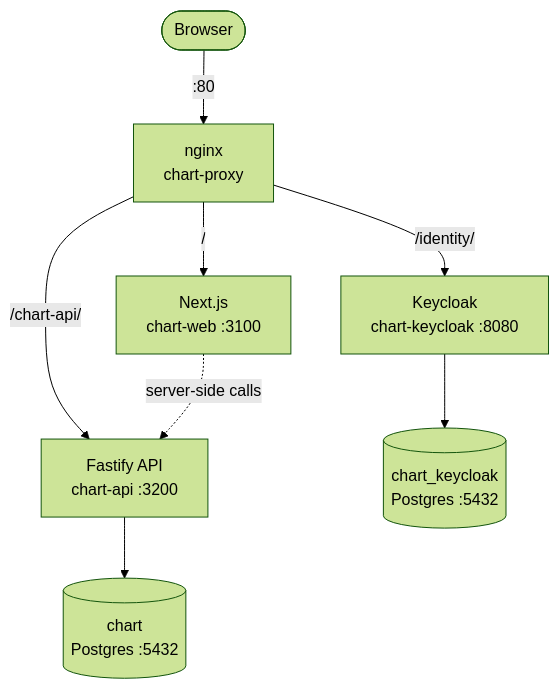
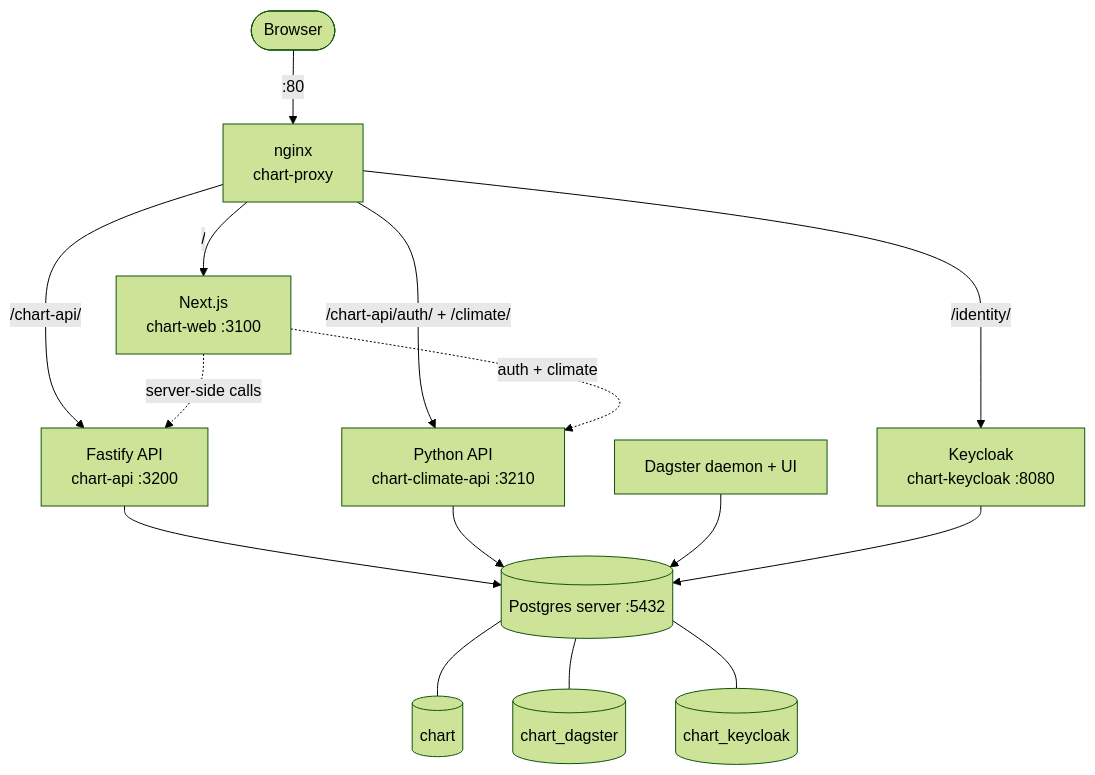
One commit to CHART-Scope/CHART changed the diagram in docs/architecture.md. Above: the diagram before and after it, drawn with Mermaid (forest theme). The commit also changed other lines of this file and 28 other files, not shown here.

````diff
--- a/docs/architecture.md
+++ b/docs/architecture.md
@@ -15,10 +17,17 @@
 ```mermaid
 graph TD
     Browser([Browser]) -->|":80"| proxy[nginx\nchart-proxy]
     proxy -->|/| web[Next.js\nchart-web :3100]
     proxy -->|/chart-api/| api[Fastify API\nchart-api :3200]
+    proxy -->|/chart-api/auth/ + /climate/| py[Python API\nchart-climate-api :3210]
     proxy -->|/identity/| kc[Keycloak\nchart-keycloak :8080]
     web -.->|server-side calls| api
-    api --> db[(chart\nPostgres :5432)]
-    kc --> kcdb[(chart_keycloak\nPostgres :5432)]
+    web -.->|auth + climate| py
+    api --> pg[(Postgres server :5432)]
+    py --> pg
+    dagster[Dagster daemon + UI] --> pg
+    kc --> pg
+    pg --- appdb[(chart)]
+    pg --- dagsterdb[(chart_dagster)]
+    pg --- kcdb[(chart_keycloak)]
 ```
````
